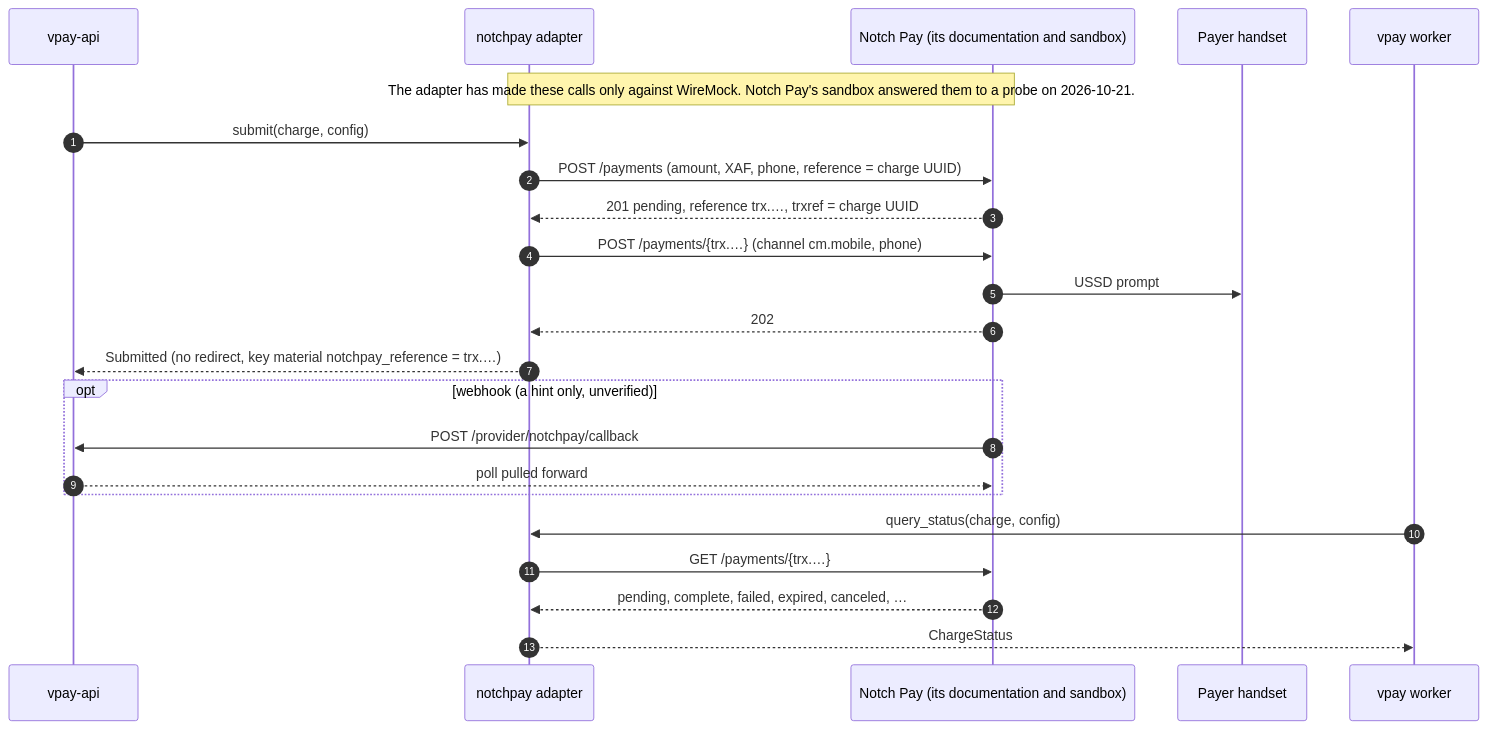
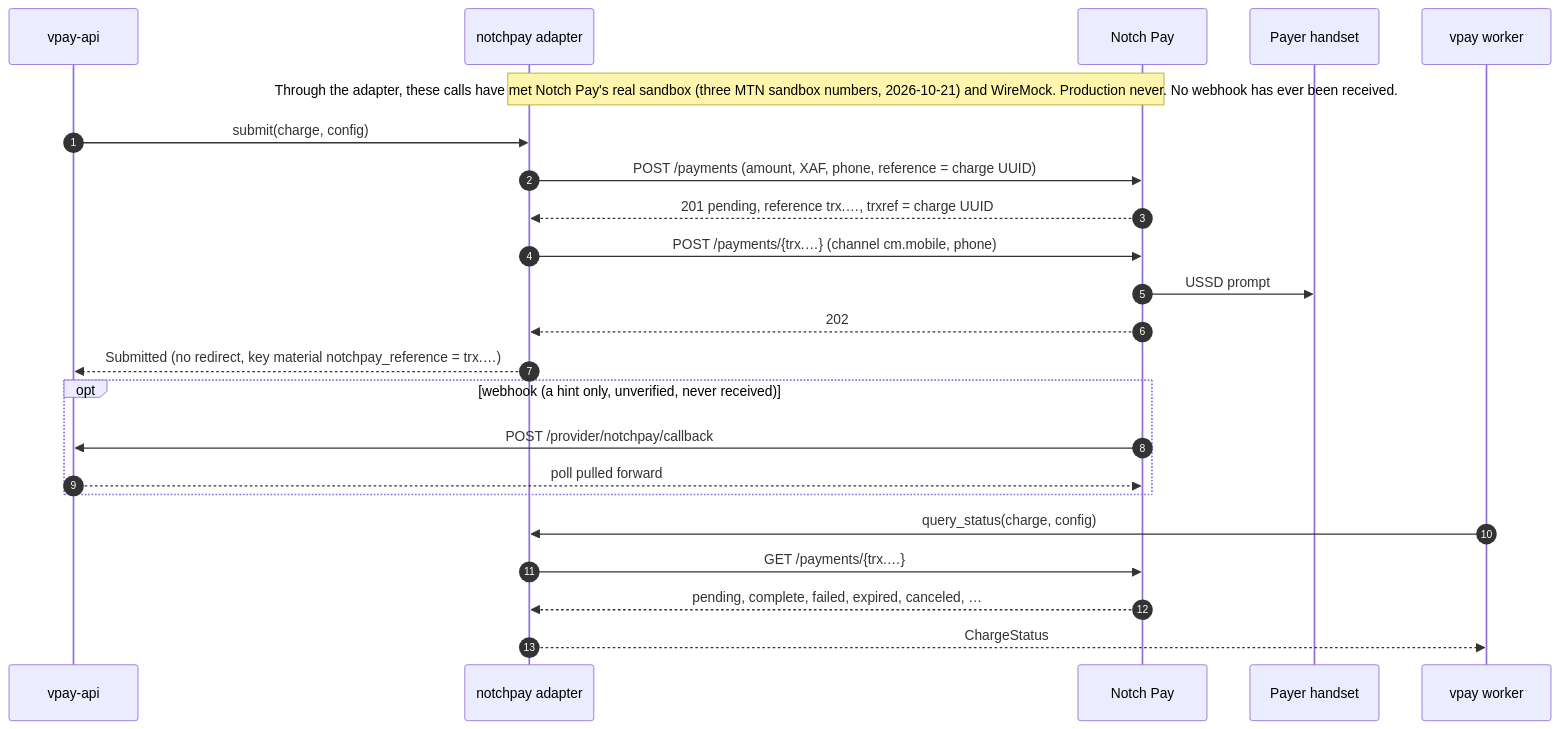
Before and after one commit to vaam-apps/vpay-docs: the diagram in docs/rails/notchpay.md, drawn with Mermaid. The commit also changed other lines of this file and 41 other files, not shown here.

````diff
--- a/docs/rails/notchpay.md
+++ b/docs/rails/notchpay.md
@@ -102,25 +113,25 @@
 ```mermaid
 sequenceDiagram
     autonumber
     participant API as vpay-api
     participant A as notchpay adapter
-    participant N as Notch Pay (its documentation and sandbox)
+    participant N as Notch Pay
     participant P as Payer handset
     participant W as vpay worker
-    Note over A,N: The adapter has made these calls only against WireMock. Notch Pay's sandbox answered them to a probe on 2026-10-21.
+    Note over A,N: Through the adapter, these calls have met Notch Pay's real sandbox (three MTN sandbox numbers, 2026-10-21) and WireMock. Production never. No webhook has ever been received.
     API->>A: submit(charge, config)
     A->>N: POST /payments (amount, XAF, phone, reference = charge UUID)
     N-->>A: 201 pending, reference trx.…, trxref = charge UUID
     A->>N: POST /payments/{trx.…} (channel cm.mobile, phone)
     N->>P: USSD prompt
     N-->>A: 202
     A-->>API: Submitted (no redirect, key material notchpay_reference = trx.…)
-    opt webhook (a hint only, unverified)
+    opt webhook (a hint only, unverified, never received)
         N->>API: POST /provider/notchpay/callback
         API-->>N: poll pulled forward
     end
     W->>A: query_status(charge, config)
     A->>N: GET /payments/{trx.…}
     N-->>A: pending, complete, failed, expired, canceled, …
     A-->>W: ChargeStatus
 ```
````
